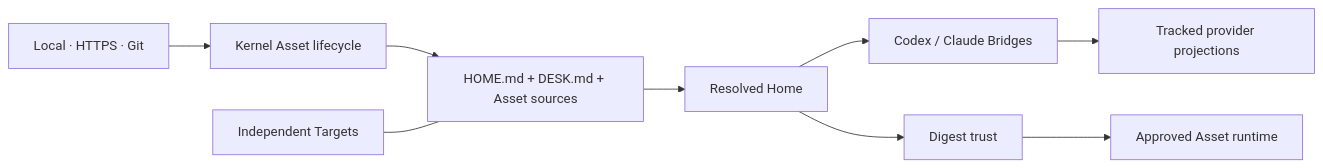
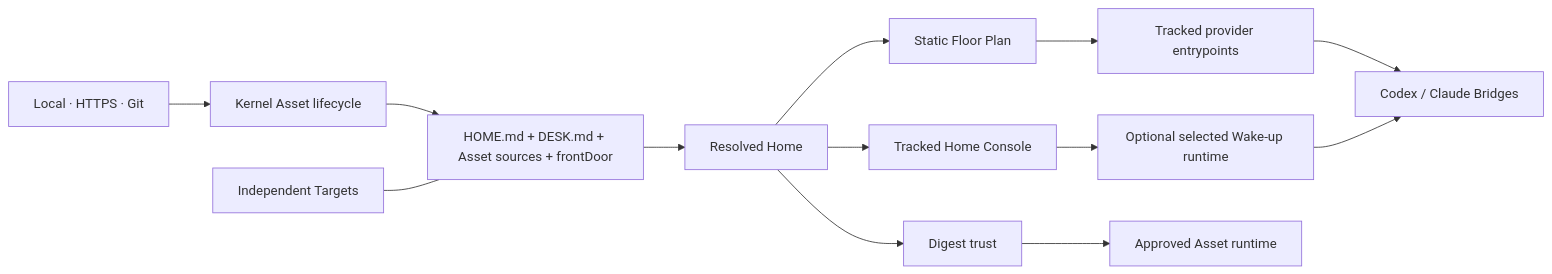
Before and after one commit to thevzion/endroit: the diagram in docs/architecture.md, drawn with Mermaid. The commit also changed other lines of this file and 29 other files, not shown here.

Commit message:
feat: rebuild progressive orientation front door

````diff
--- a/docs/architecture.md
+++ b/docs/architecture.md
@@ -8,11 +7,15 @@
 ```mermaid
 flowchart LR
   source["Local · HTTPS · Git"] --> lifecycle["Kernel Asset lifecycle"]
-  lifecycle --> home["HOME.md + DESK.md + Asset sources"]
+  lifecycle --> home["HOME.md + DESK.md + Asset sources + frontDoor"]
   home --> resolve["Resolved Home"]
-  resolve --> bridge["Codex / Claude Bridges"]
-  bridge --> projection["Tracked provider projections"]
+  resolve --> floor["Static Floor Plan"]
+  floor --> projection["Tracked provider entrypoints"]
+  resolve --> console["Tracked Home Console"]
+  projection --> bridge["Codex / Claude Bridges"]
+  console --> wake["Optional selected Wake-up runtime"]
+  wake --> bridge
   resolve --> trust["Digest trust"]
   trust --> runtime["Approved Asset runtime"]
   target["Independent Targets"] --- home
 ```
````
